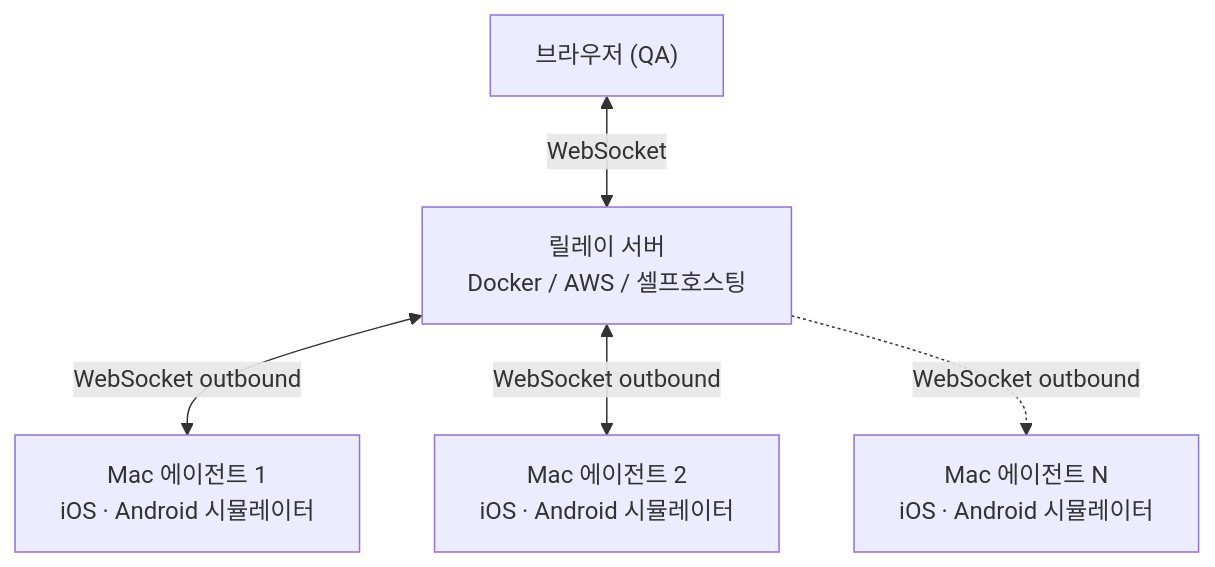
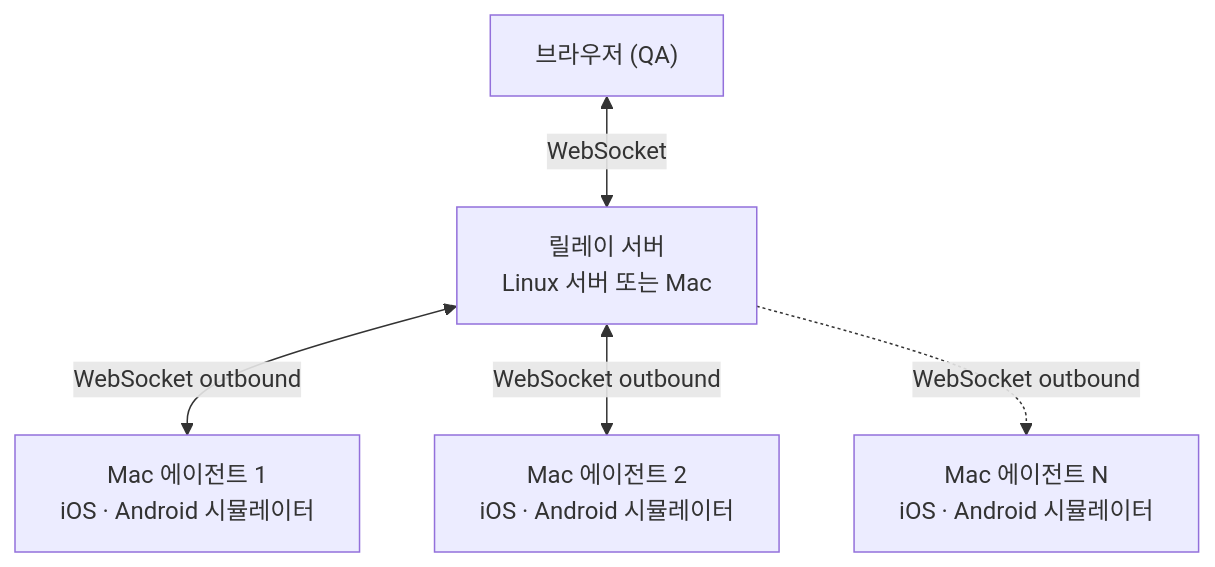
One commit to jo-duchan/tapflow changed the diagram in docs/ko/guide/introduction.md. Above: the diagram before and after it, drawn with Mermaid. The commit also changed other lines of this file and 2 other files, not shown here.

Commit message:
docs: 소개·요구사항·문제 해결 페이지 용어 개선
- introduction: Mermaid 다이어그램 Docker 표현 제거, '시뮬레이터' → '디바이스' 용어 통일
- requirements: Android 에이전트 항목 AVD → 에뮬레이터 용어 통일
- troubleshooting: '시뮬레이터 수' → '디바이스 수' 용어 통일

````diff
--- a/docs/ko/guide/introduction.md
+++ b/docs/ko/guide/introduction.md
@@ -16,13 +16,13 @@
 ```mermaid
 flowchart TD
     B["브라우저 (QA)"]
-    R["릴레이 서버<br/>Docker / AWS / 셀프호스팅"]
+    R["릴레이 서버<br/>Linux 서버 또는 Mac"]
     A1["Mac 에이전트 1<br/>iOS · Android 시뮬레이터"]
     A2["Mac 에이전트 2<br/>iOS · Android 시뮬레이터"]
     More["Mac 에이전트 N<br/>iOS · Android 시뮬레이터"]
 
     B <-->|WebSocket| R
     R <-->|WebSocket outbound| A1
     R <-->|WebSocket outbound| A2
     R -.->|WebSocket outbound| More
 ```
````
